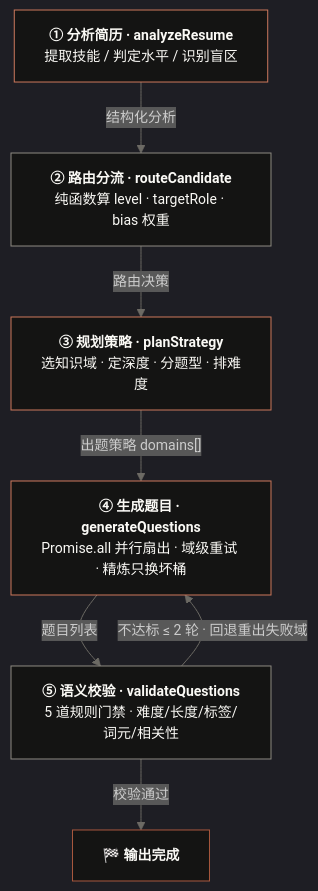
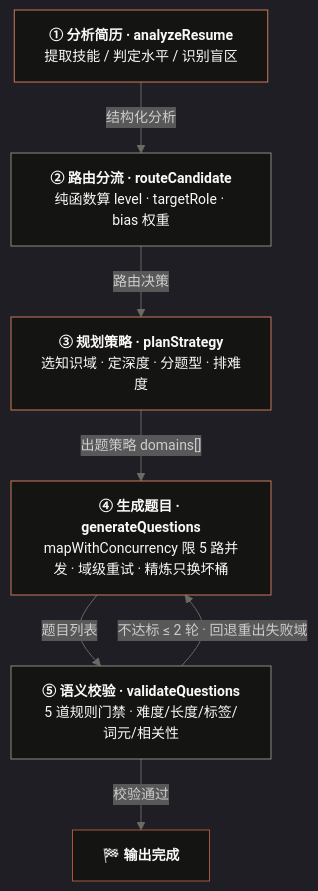
The second of 2 diagrams in README.md (ForceNiu/interview-forge), drawn with Mermaid before and after one commit. The commit also changed other lines of this file and 74 other files, not shown here.

````diff
--- a/README.md
+++ b/README.md
@@ -253,29 +258,29 @@
 ```mermaid
 %%{init: {'theme':'dark', 'themeVariables': {'fontSize':'14px', 'lineColor':'#6c6a64'}}}%%
 flowchart TB
     A["<b>① 分析简历 · analyzeResume</b><br/>提取技能 / 判定水平 / 识别盲区"]
 
     B["<b>② 路由分流 · routeCandidate</b><br/>纯函数算 level · targetRole · bias 权重"]
 
     C["<b>③ 规划策略 · planStrategy</b><br/>选知识域 · 定深度 · 分题型 · 排难度"]
 
-    D["<b>④ 生成题目 · generateQuestions</b><br/>Promise.all 并行扇出 · 域级重试 · 精炼只换坏桶"]
+    D["<b>④ 生成题目 · generateQuestions</b><br/>mapWithConcurrency 限 5 路并发 · 域级重试 · 精炼只换坏桶"]
 
     E["<b>⑤ 语义校验 · validateQuestions</b><br/>5 道规则门禁 · 难度/长度/标签/词元/相关性"]
 
     F["<b>🏁 输出完成</b>"]
 
     A -->|"结构化分析"| B
     B -->|"路由决策"| C
     C -->|"出题策略 domains[]"| D
     D -->|"题目列表"| E
     E -->|"不达标 ≤ 2 轮 · 回退重出失败域"| D
     E -->|"校验通过"| F
 
     classDef llm fill:#141413,stroke:#cc785c,color:#faf9f5
     classDef pure fill:#141413,stroke:#8e8b82,color:#faf9f5
     classDef finish fill:#141413,stroke:#a9583e,color:#faf9f5
     class A,C,D llm
     class B,E pure
     class F finish
 ```
````
